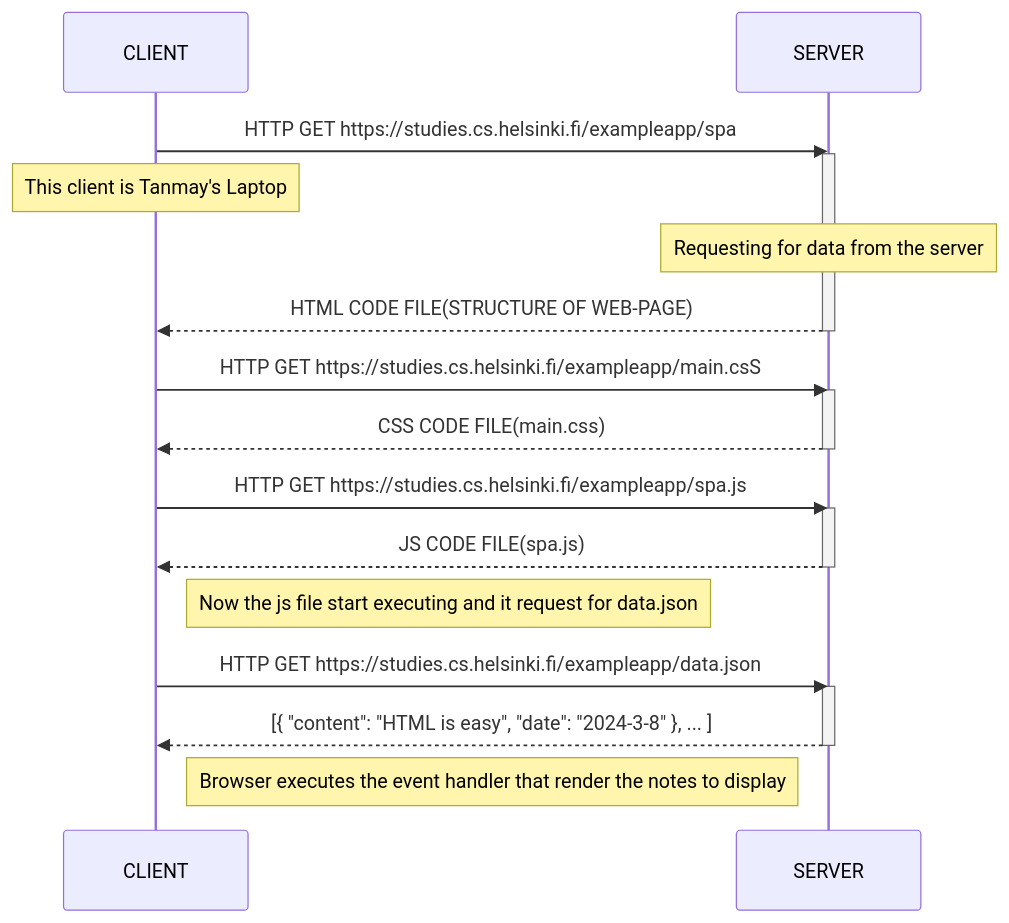
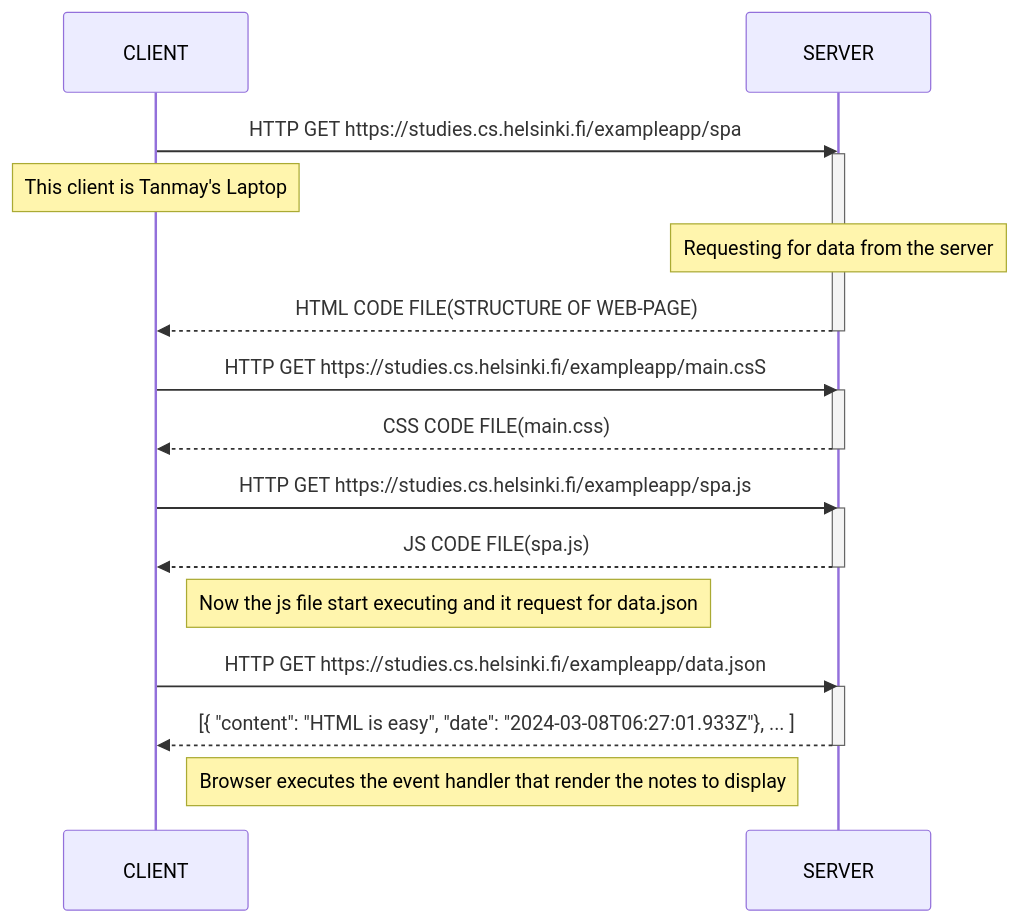
One commit to Tanmay1say/sample1 changed the diagram in README.md. Above: the diagram before and after it, drawn with Mermaid.

````diff
--- a/README.md
+++ b/README.md
@@ -1,27 +1,27 @@
 ```mermaid
 sequenceDiagram
 CLIENT->>SERVER : HTTP GET https://studies.cs.helsinki.fi/exampleapp/spa
 activate SERVER
 Note over CLIENT : This client is Tanmay's Laptop
 Note over SERVER : Requesting for data from the server
 SERVER-->>CLIENT : HTML CODE FILE(STRUCTURE OF WEB-PAGE)
 deactivate SERVER
 
 CLIENT->>SERVER : HTTP GET https://studies.cs.helsinki.fi/exampleapp/main.csS
 activate SERVER
 SERVER -->> CLIENT : CSS CODE FILE(main.css)
 deactivate SERVER
 
 CLIENT ->> SERVER : HTTP GET https://studies.cs.helsinki.fi/exampleapp/spa.js
 activate SERVER
 SERVER -->> CLIENT : JS CODE FILE(spa.js)
 deactivate SERVER
 
 
 Note right of CLIENT : Now the js file start executing and it request for data.json
 CLIENT ->> SERVER : HTTP GET https://studies.cs.helsinki.fi/exampleapp/data.json
 activate SERVER
-SERVER -->> CLIENT : [{ "content": "HTML is easy", "date": "2024-3-8" }, ... ]
+SERVER -->> CLIENT : [{ "content": "HTML is easy", "date": "2024-03-08T06:27:01.933Z"}, ... ]
 deactivate SERVER
 Note right of CLIENT : Browser executes the event handler that render the notes to display
 ```
````
